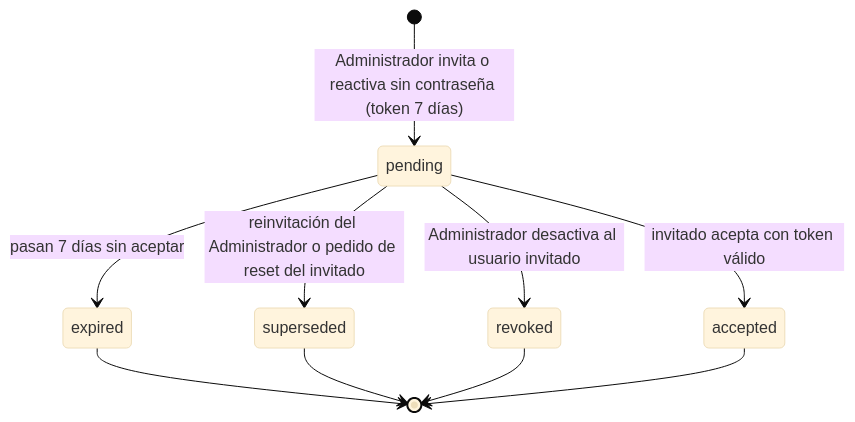
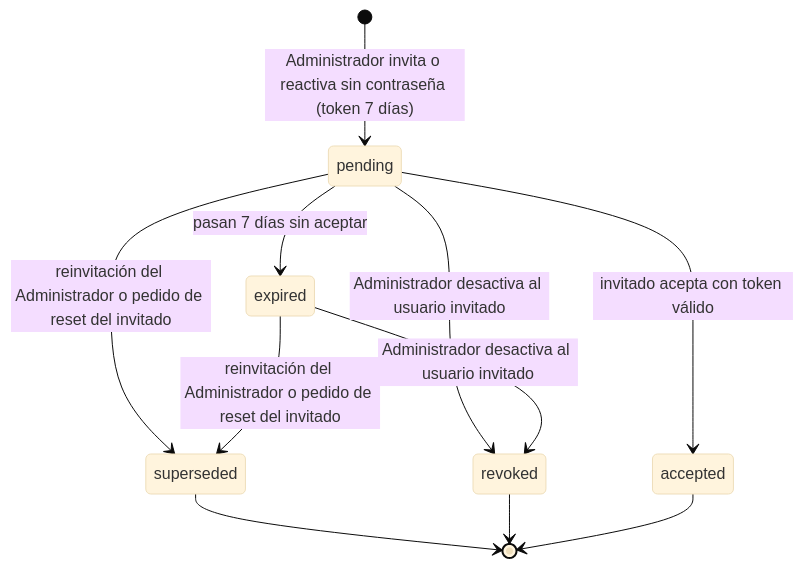
Before and after one commit to fdelillo/crm: the eighth of 9 diagrams in specs/001-empresas-usuarios/plan.md, drawn with Mermaid (base theme). The commit also changed other lines of this file and 8 other files, not shown here.

````diff
--- a/specs/001-empresas-usuarios/plan.md
+++ b/specs/001-empresas-usuarios/plan.md
@@ -478,12 +514,13 @@
 ```mermaid
 stateDiagram-v2
     [*] --> pending : Administrador invita o reactiva sin contraseña (token 7 días)
     pending --> accepted : invitado acepta con token válido
     pending --> expired : pasan 7 días sin aceptar
     pending --> superseded : reinvitación del Administrador o pedido de reset del invitado
+    expired --> superseded : reinvitación del Administrador o pedido de reset del invitado
     pending --> revoked : Administrador desactiva al usuario invitado
-    expired --> [*]
+    expired --> revoked : Administrador desactiva al usuario invitado
     superseded --> [*]
     revoked --> [*]
     accepted --> [*]
 ```
````
